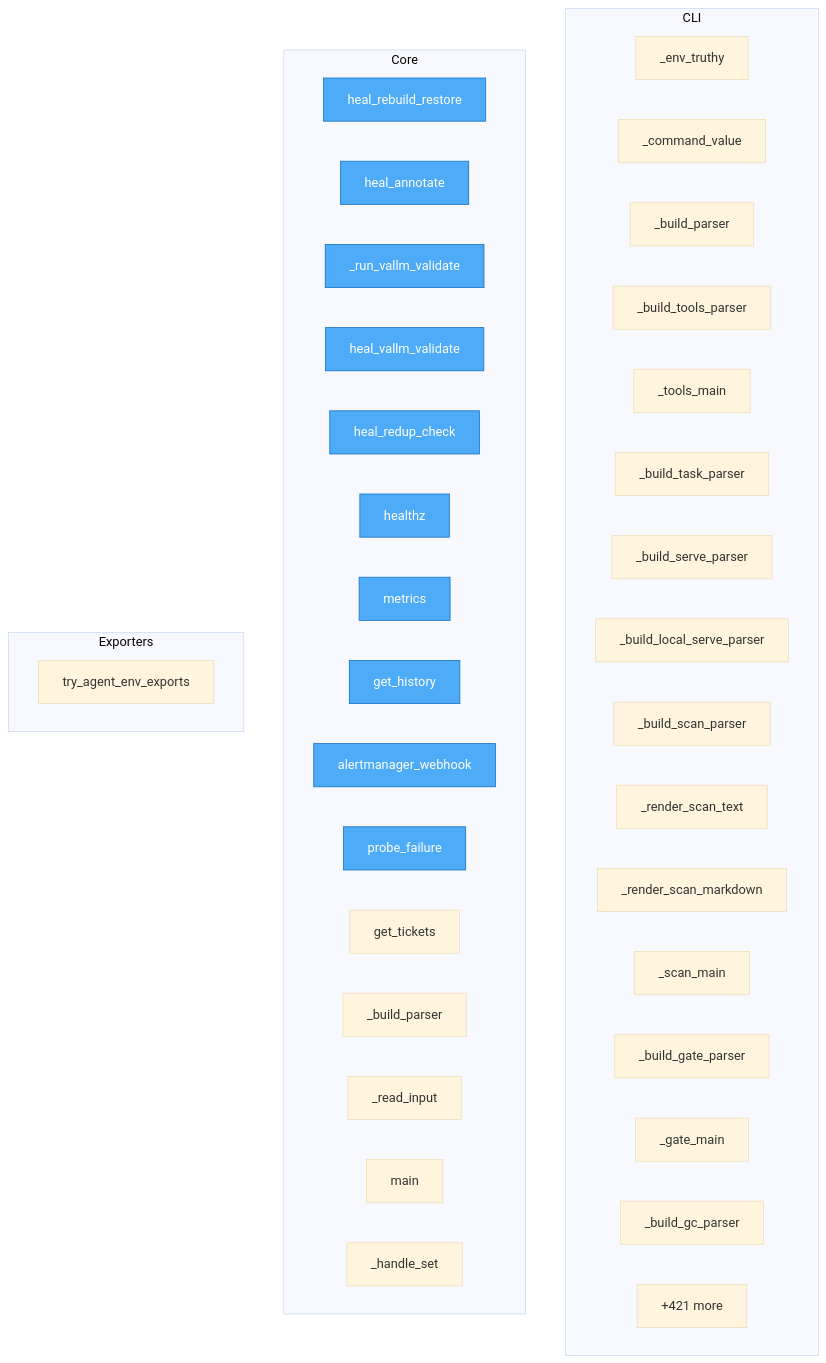
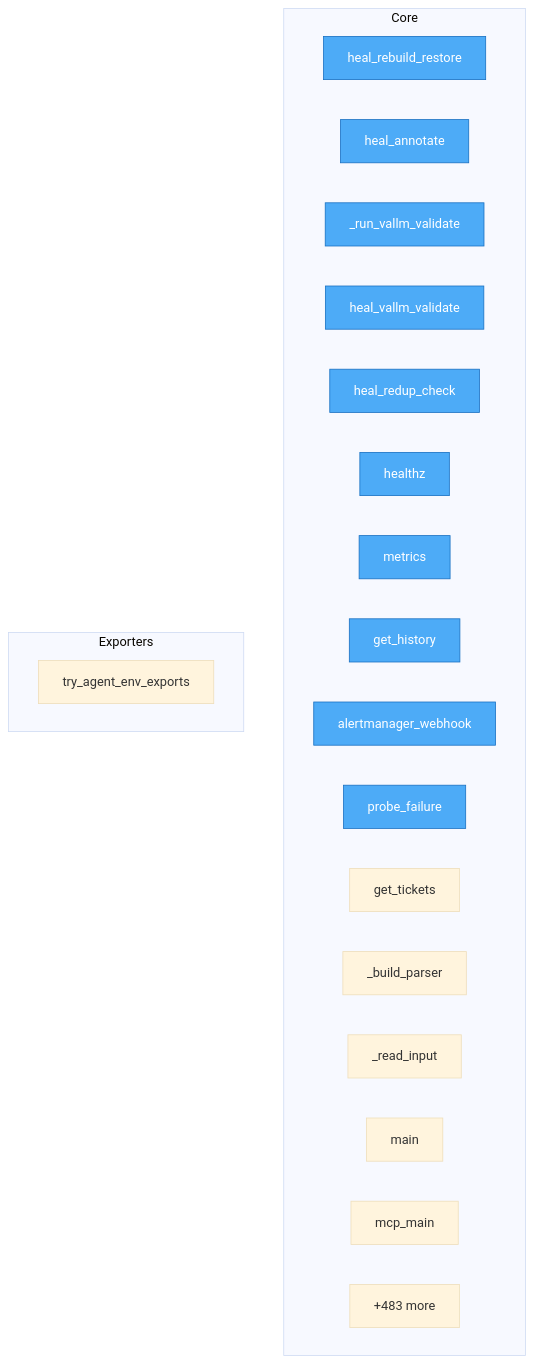
Before and after one commit to semcod/koru: the diagram in project/flow.mmd, drawn with Mermaid (base theme). The commit also changed 83 other files, not shown here.

```diff
--- a/project/flow.mmd
+++ b/project/flow.mmd
@@ -1,49 +1,30 @@
 flowchart TD
 %% generated in 0.03s
 
     %% Entry points (blue)
     classDef entry fill:#4dabf7,stroke:#1971c2,color:#fff
-
-    subgraph CLI
-        koru__cli___env_truthy["_env_truthy"]
-        koru__cli___command_value["_command_value"]
-        koru__cli___build_parser["_build_parser"]
-        koru__cli___build_tools_parser["_build_tools_parser"]
-        koru__cli___tools_main["_tools_main"]
-        koru__cli___build_task_parser["_build_task_parser"]
-        koru__cli___build_serve_parser["_build_serve_parser"]
-        koru__cli___build_local_serve_parser["_build_local_serve_parser"]
-        koru__cli___build_scan_parser["_build_scan_parser"]
-        koru__cli___render_scan_text["_render_scan_text"]
-        koru__cli___render_scan_markdown["_render_scan_markdown"]
-        koru__cli___scan_main["_scan_main"]
-        koru__cli___build_gate_parser["_build_gate_parser"]
-        koru__cli___gate_main["_gate_main"]
-        koru__cli___build_gc_parser["_build_gc_parser"]
-        ...["+47 more"]
-    end
 
     subgraph Core
         services__healing_webhook__app__heal_rebuild_restore["heal_rebuild_restore"]
         services__healing_webhook__app__heal_annotate["heal_annotate"]
         services__healing_webhook__app___run_vallm_validate["_run_vallm_validate"]
         services__healing_webhook__app__heal_vallm_validate["heal_vallm_validate"]
         services__healing_webhook__app__heal_redup_check["heal_redup_check"]
         services__healing_webhook__app__healthz["healthz"]
         services__healing_webhook__app__metrics["metrics"]
         services__healing_webhook__app__get_history["get_history"]
         services__healing_webhook__app__alertmanager_webhook["alertmanager_webhook"]
         services__healing_webhook__app__probe_failure["probe_failure"]
         services__healing_webhook__app__get_tickets["get_tickets"]
         src__korudsl__cli___build_parser["_build_parser"]
         src__korudsl__cli___read_input["_read_input"]
         src__korudsl__cli__main["main"]
-        src__korudsl__library___handle_set["_handle_set"]
-        ...["+421 more"]
+        src__koruapi__mcp__mcp_main["mcp_main"]
+        ...["+483 more"]
     end
 
     subgraph Exporters
         src__koru__agent_cli_helpers__try_agent_env_exports["try_agent_env_exports"]
     end
 
     class services__healing_webhook__app__heal_rebuild_restore,services__healing_webhook__app__heal_annotate,services__healing_webhook__app___run_vallm_validate,services__healing_webhook__app__heal_vallm_validate,services__healing_webhook__app__heal_redup_check,services__healing_webhook__app__healthz,services__healing_webhook__app__metrics,services__healing_webhook__app__get_history,services__healing_webhook__app__alertmanager_webhook,services__healing_webhook__app__probe_failure entry
```
